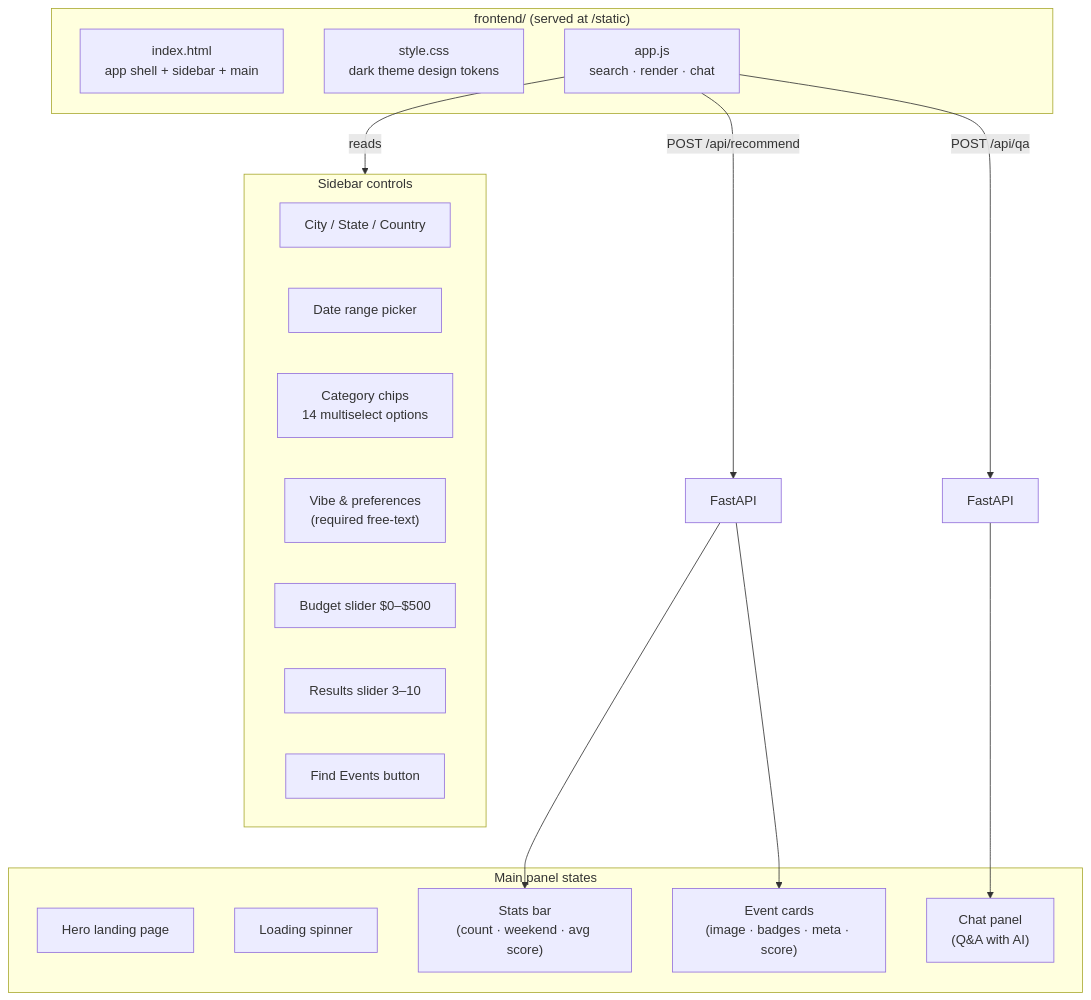
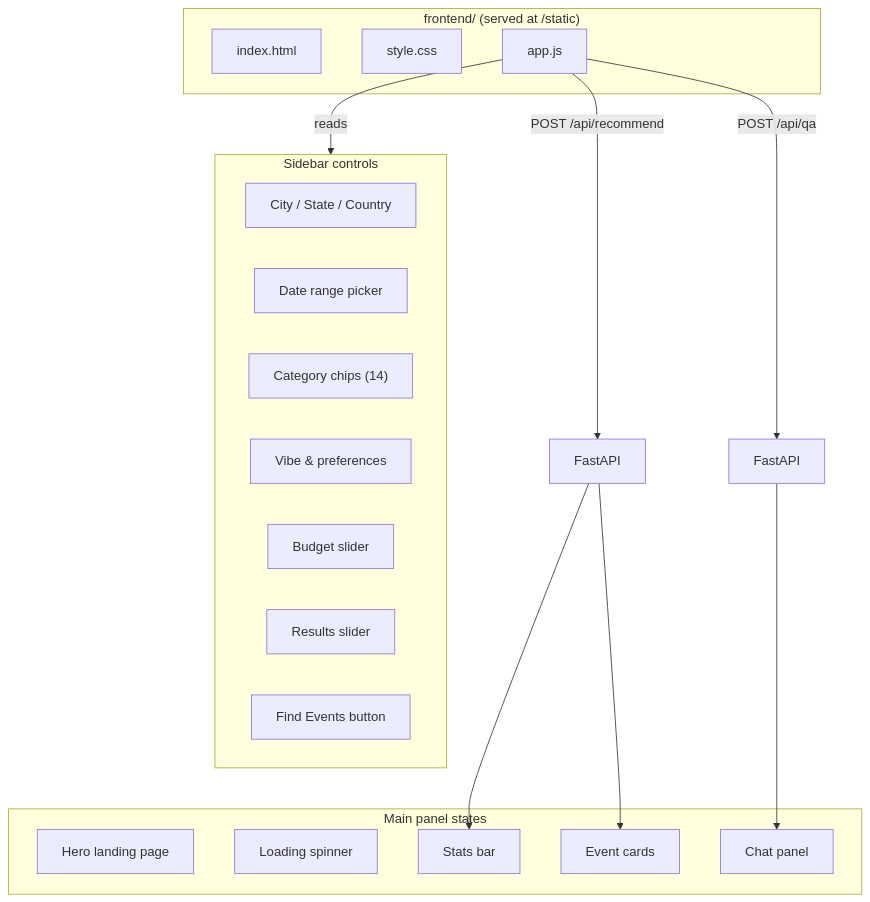
The eighth of 9 diagrams in README.md (ritwiksharan/event-recommendor), drawn with Mermaid before and after one commit. The commit also changed other lines of this file, not shown here.

First line of the commit message:
Fix mermaid diagrams: remove \n from labels, simplify sequence diagram

````diff
--- a/README.md
+++ b/README.md
@@ -475,32 +463,32 @@
 ```mermaid
 flowchart TD
     subgraph UI["frontend/ (served at /static)"]
-        HTML["index.html\napp shell + sidebar + main"]
-        CSS["style.css\ndark theme design tokens"]
-        JS["app.js\nsearch · render · chat"]
+        HTML["index.html"]
+        CSS["style.css"]
+        JS["app.js"]
     end
 
     subgraph Sidebar["Sidebar controls"]
         Loc["City / State / Country"]
         Dates["Date range picker"]
-        Chips["Category chips\n14 multiselect options"]
-        Vibe["Vibe & preferences\n(required free-text)"]
-        Budget["Budget slider $0–$500"]
-        TopN["Results slider 3–10"]
+        Chips["Category chips (14)"]
+        Vibe["Vibe & preferences"]
+        Budget["Budget slider"]
+        TopN["Results slider"]
         Btn["Find Events button"]
     end
 
     subgraph Main["Main panel states"]
         Hero["Hero landing page"]
         Loading["Loading spinner"]
-        Stats["Stats bar\n(count · weekend · avg score)"]
-        Cards["Event cards\n(image · badges · meta · score)"]
-        Chat["Chat panel\n(Q&A with AI)"]
+        Stats["Stats bar"]
+        Cards["Event cards"]
+        Chat["Chat panel"]
     end
 
     JS -- reads --> Sidebar
     JS -- "POST /api/recommend" --> API1[FastAPI]
     JS -- "POST /api/qa" --> API2[FastAPI]
     API1 --> Stats & Cards
     API2 --> Chat
 ```
````
